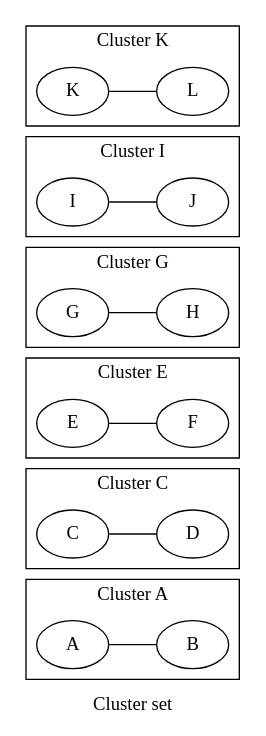
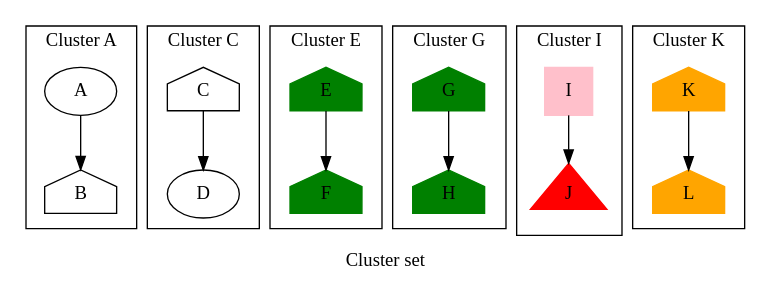
The diagram in data/13.clusters.out.gv (graphviz-perl/GraphViz2-Marpa-PathUtils), drawn with Graphviz before and after one commit. The commit also changed 34 other files, not shown here.

```diff
--- a/data/13.clusters.out.gv
+++ b/data/13.clusters.out.gv
@@ -1,58 +1,58 @@
-graph Perl
+strict digraph syntax
 {
-graph [ label="Cluster set" rankdir="LR" ]
+graph [ label="Cluster set" rankdir="TB" ]
 
 subgraph "cluster A"
 {
-graph [ label="Cluster A" rankdir="LR" ]
+graph [ label="Cluster A" rankdir="TB" ]
 
-"A"
-"B"
-"A" -- "B" [ label="" ]
+"A" [ shape="oval" ]
+"B" [ shape="house" ]
+"A" -> "B" [ label="" ]
 }
 
 subgraph "cluster C"
 {
-graph [ label="Cluster C" rankdir="LR" ]
+graph [ label="Cluster C" rankdir="TB" ]
 
-"C"
-"D"
-"C" -- "D" [ label="" ]
+"C" [ shape="house" ]
+"D" [ shape="oval" ]
+"C" -> "D" [ label="" ]
 }
 
 subgraph "cluster E"
 {
-graph [ label="Cluster E" rankdir="LR" ]
+graph [ label="Cluster E" rankdir="TB" ]
 
-"E"
-"F"
-"E" -- "F" [ label="" ]
+"E" [ color="green" shape="house" style="filled" ]
+"F" [ color="green" shape="house" style="filled" ]
+"E" -> "F" [ label="" ]
 }
 
 subgraph "cluster G"
 {
-graph [ label="Cluster G" rankdir="LR" ]
+graph [ label="Cluster G" rankdir="TB" ]
 
-"G"
-"H"
-"G" -- "H" [ label="" ]
+"G" [ color="green" shape="house" style="filled" ]
+"H" [ color="green" shape="house" style="filled" ]
+"G" -> "H" [ label="" ]
 }
 
 subgraph "cluster I"
 {
-graph [ label="Cluster I" rankdir="LR" ]
+graph [ label="Cluster I" rankdir="TB" ]
 
-"I"
-"J"
-"I" -- "J" [ label="" ]
+"I" [ color="pink" shape="square" style="filled" ]
+"J" [ color="red" shape="triangle" style="filled" ]
+"I" -> "J" [ label="" ]
 }
 
 subgraph "cluster K"
 {
-graph [ label="Cluster K" rankdir="LR" ]
+graph [ label="Cluster K" rankdir="TB" ]
 
-"K"
-"L"
-"K" -- "L" [ label="" ]
+"K" [ color="orange" shape="house" style="filled" ]
+"L" [ color="orange" shape="house" style="filled" ]
+"K" -> "L" [ label="" ]
 }
 }
```
